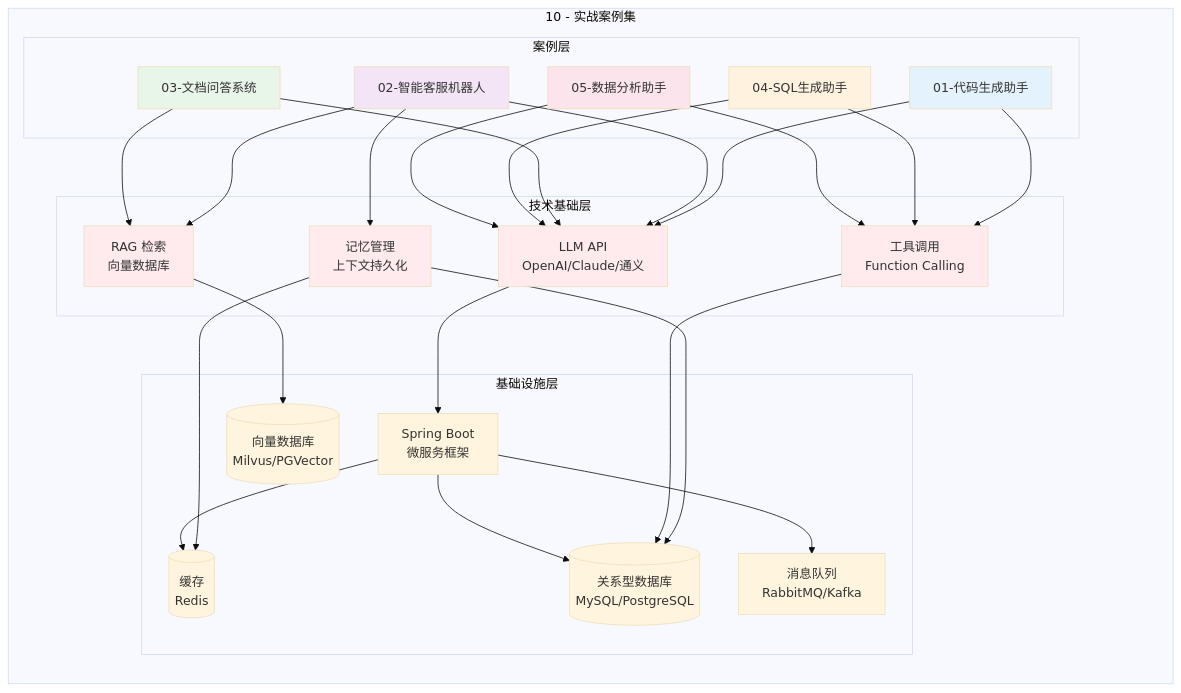
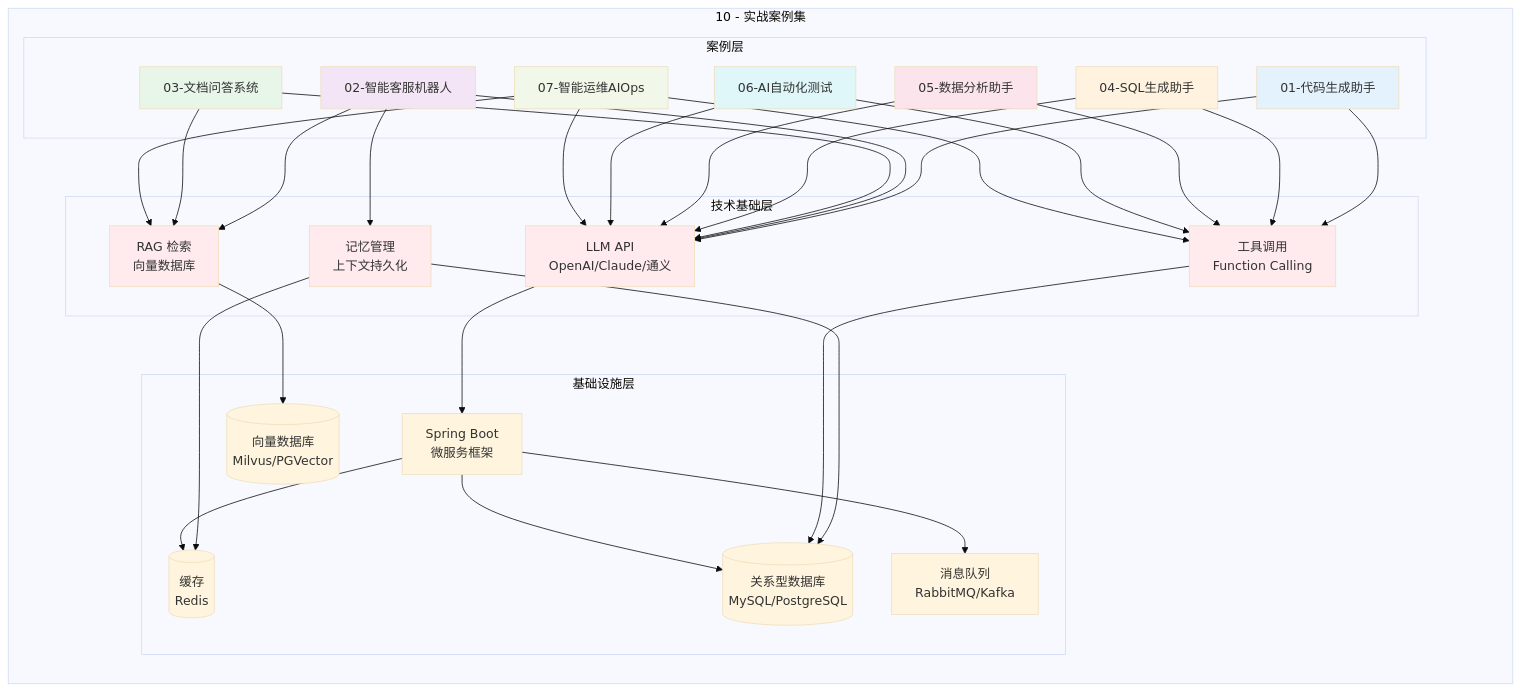
One commit to KasonLee-marker/llm-knowledge changed the first of 2 diagrams in 10-practical-cases.md. Above: the diagram before and after it, drawn with Mermaid (base theme). The commit also changed other lines of this file and 5 other files, not shown here.

````diff
--- a/10-practical-cases.md
+++ b/10-practical-cases.md
@@ -19,61 +19,70 @@
 ```mermaid
 graph TB
     subgraph "10 - 实战案例集"
         direction TB
         
         subgraph "案例层"
             CA[01-代码生成助手]
             CS[02-智能客服机器人]
             DQ[03-文档问答系统]
             SA[04-SQL生成助手]
             DA[05-数据分析助手]
+            AT[06-AI自动化测试]
+            IO[07-智能运维AIOps]
         end
         
         subgraph "技术基础层"
             LLM[LLM API<br/>OpenAI/Claude/通义]
             RAG[RAG 检索<br/>向量数据库]
             MEM[记忆管理<br/>上下文持久化]
             TOOL[工具调用<br/>Function Calling]
         end
         
         subgraph "基础设施层"
             SB[Spring Boot<br/>微服务框架]
             DB[(关系型数据库<br/>MySQL/PostgreSQL)]
             VDB[(向量数据库<br/>Milvus/PGVector)]
             CACHE[(缓存<br/>Redis)]
             MQ[消息队列<br/>RabbitMQ/Kafka]
         end
     end
     
     CA --> LLM
     CA --> TOOL
     CS --> LLM
     CS --> RAG
     CS --> MEM
     DQ --> LLM
     DQ --> RAG
     SA --> LLM
     SA --> TOOL
     DA --> LLM
     DA --> TOOL
+    AT --> LLM
+    AT --> TOOL
+    IO --> LLM
+    IO --> RAG
+    IO --> TOOL
     
     LLM --> SB
     RAG --> VDB
     MEM --> CACHE
     MEM --> DB
     TOOL --> DB
     
     SB --> DB
     SB --> CACHE
     SB --> MQ
     
     style CA fill:#e3f2fd
     style CS fill:#f3e5f5
     style DQ fill:#e8f5e9
     style SA fill:#fff3e0
     style DA fill:#fce4ec
+    style AT fill:#e0f7fa
+    style IO fill:#f1f8e9
     style LLM fill:#ffebee
     style RAG fill:#ffebee
     style MEM fill:#ffebee
     style TOOL fill:#ffebee
 ```
````
